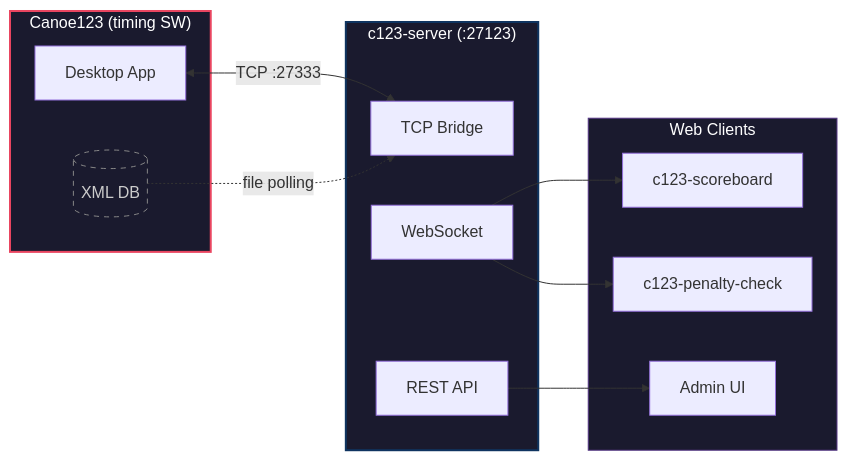
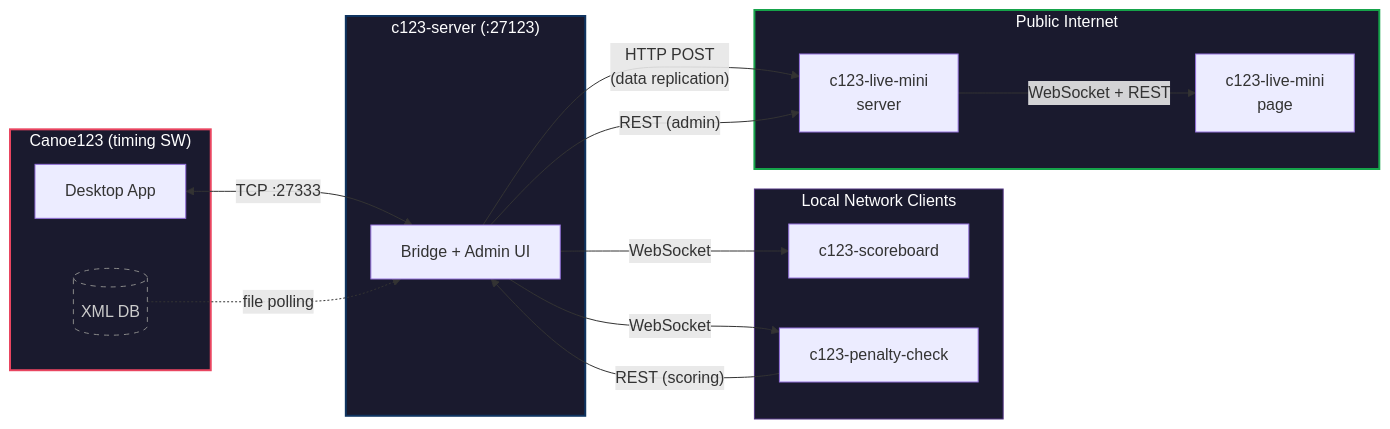
Before and after one commit to OpenCanoeTiming/.github: the diagram in profile/README.md, drawn with Mermaid.

Commit message:
docs: expand architecture diagram with full data flow

````diff
--- a/profile/README.md
+++ b/profile/README.md
@@ -36,30 +36,36 @@
 ```mermaid
 graph LR
     subgraph canoe123 ["Canoe123 (timing SW)"]
         C123[Desktop App]
         DB[(XML DB)]
     end
 
     subgraph server ["c123-server (:27123)"]
-        TCP[TCP Bridge]
-        WS[WebSocket]
-        REST[REST API]
+        SRV[Bridge + Admin UI]
     end
 
-    subgraph clients ["Web Clients"]
+    subgraph local ["Local Network Clients"]
         SB[c123-scoreboard]
         PC[c123-penalty-check]
-        ADMIN[Admin UI]
     end
 
-    C123 <-->|"TCP :27333"| TCP
-    DB -.->|"file polling"| TCP
-    WS --> SB
-    WS --> PC
-    REST --> ADMIN
+    subgraph cloud ["Public Internet"]
+        MINI_SRV["c123-live-mini<br/>server"]
+        MINI_PAGE["c123-live-mini<br/>page"]
+    end
+
+    C123 <-->|"TCP :27333"| SRV
+    DB -.->|"file polling"| SRV
+    SRV -->|"WebSocket"| SB
+    SRV -->|"WebSocket"| PC
+    PC -->|"REST (scoring)"| SRV
+    SRV -->|"HTTP POST<br/>(data replication)"| MINI_SRV
+    SRV -->|"REST (admin)"| MINI_SRV
+    MINI_SRV -->|"WebSocket + REST"| MINI_PAGE
 
     style canoe123 fill:#1a1a2e,stroke:#e94560,stroke-width:2px,color:#fff
     style server fill:#1a1a2e,stroke:#0f3460,stroke-width:2px,color:#fff
-    style clients fill:#1a1a2e,stroke:#533483,stroke-width:1px,color:#fff
+    style local fill:#1a1a2e,stroke:#533483,stroke-width:1px,color:#fff
+    style cloud fill:#1a1a2e,stroke:#16a34a,stroke-width:2px,color:#fff
     style DB fill:none,stroke:#888,stroke-dasharray:5 5,color:#ccc
 ```
````
